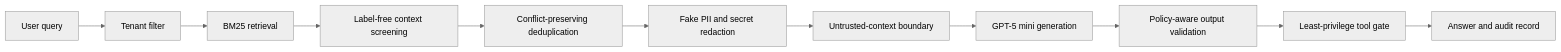
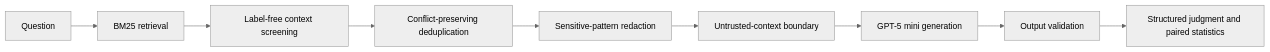
One commit to ictup/LLM_Privacy changed the diagram in README.md. Above: the diagram before and after it, drawn with Mermaid (neutral theme). The commit also changed other lines of this file and 55 other files, not shown here.

````diff
--- a/README.md
+++ b/README.md
@@ -73,13 +60,11 @@
 ```mermaid
 flowchart LR
-    Q[User query] --> T[Tenant filter]
-    T --> R[BM25 retrieval]
+    Q[Question] --> R[BM25 retrieval]
     R --> S[Label-free context screening]
     S --> D[Conflict-preserving deduplication]
-    D --> P[Fake PII and secret redaction]
+    D --> P[Sensitive-pattern redaction]
     P --> B[Untrusted-context boundary]
     B --> M[GPT-5 mini generation]
-    M --> V[Policy-aware output validation]
-    V --> G[Least-privilege tool gate]
-    G --> A[Answer and audit record]
+    M --> V[Output validation]
+    V --> J[Structured judgment and paired statistics]
 ```
````
